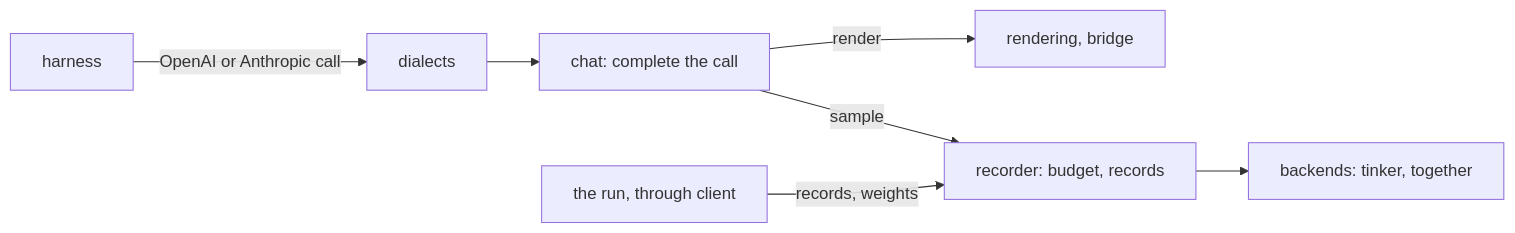
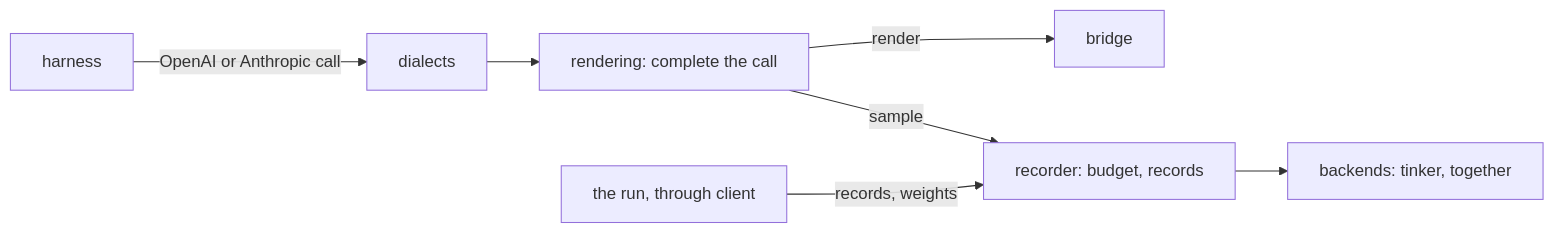
Before and after one commit to ghidav/shipyard: the diagram in packages/harness-proxy/README.md, drawn with Mermaid. The commit also changed other lines of this file and 93 other files, not shown here.

````diff
--- a/packages/harness-proxy/README.md
+++ b/packages/harness-proxy/README.md
@@ -5,9 +5,9 @@
 ```mermaid
 flowchart LR
     harness["harness"] -->|"OpenAI or Anthropic call"| dialect["dialects"]
-    dialect --> chat["chat: complete the call"]
-    chat -->|render| rendering["rendering, bridge"]
-    chat -->|sample| recorder["recorder: budget, records"]
+    dialect --> rendering["rendering: complete the call"]
+    rendering -->|render| bridge["bridge"]
+    rendering -->|sample| recorder["recorder: budget, records"]
     recorder --> backend["backends: tinker, together"]
     run["the run, through client"] -->|"records, weights"| recorder
 ```
````
